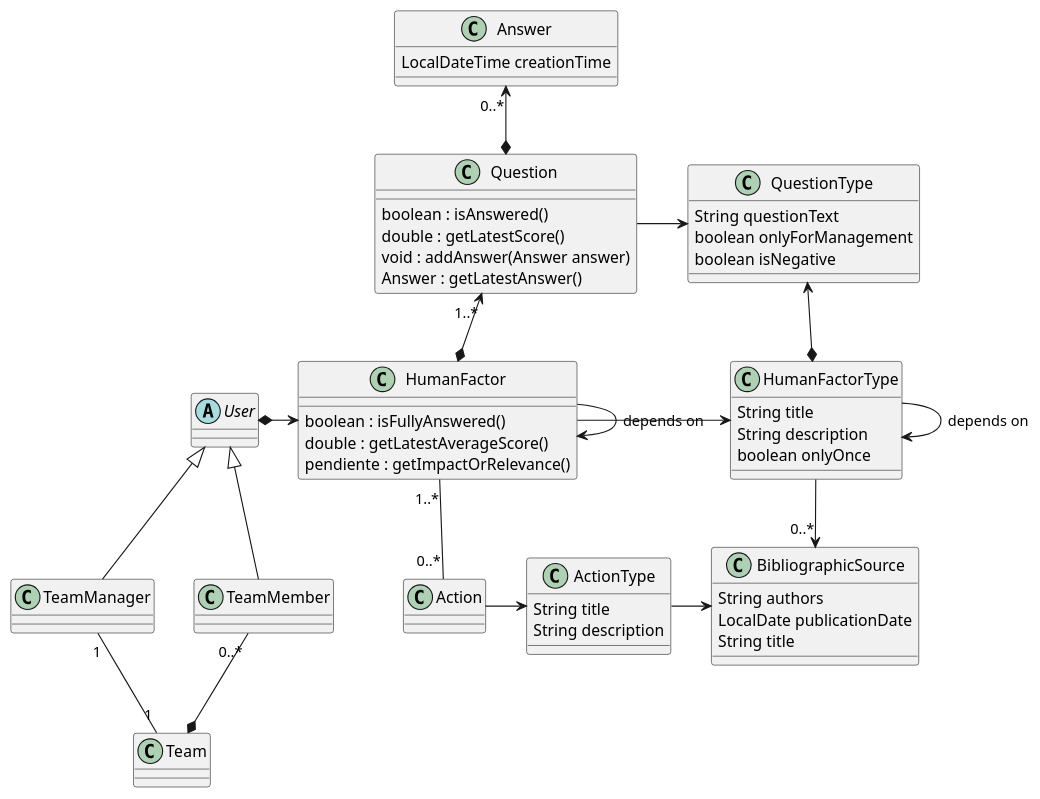
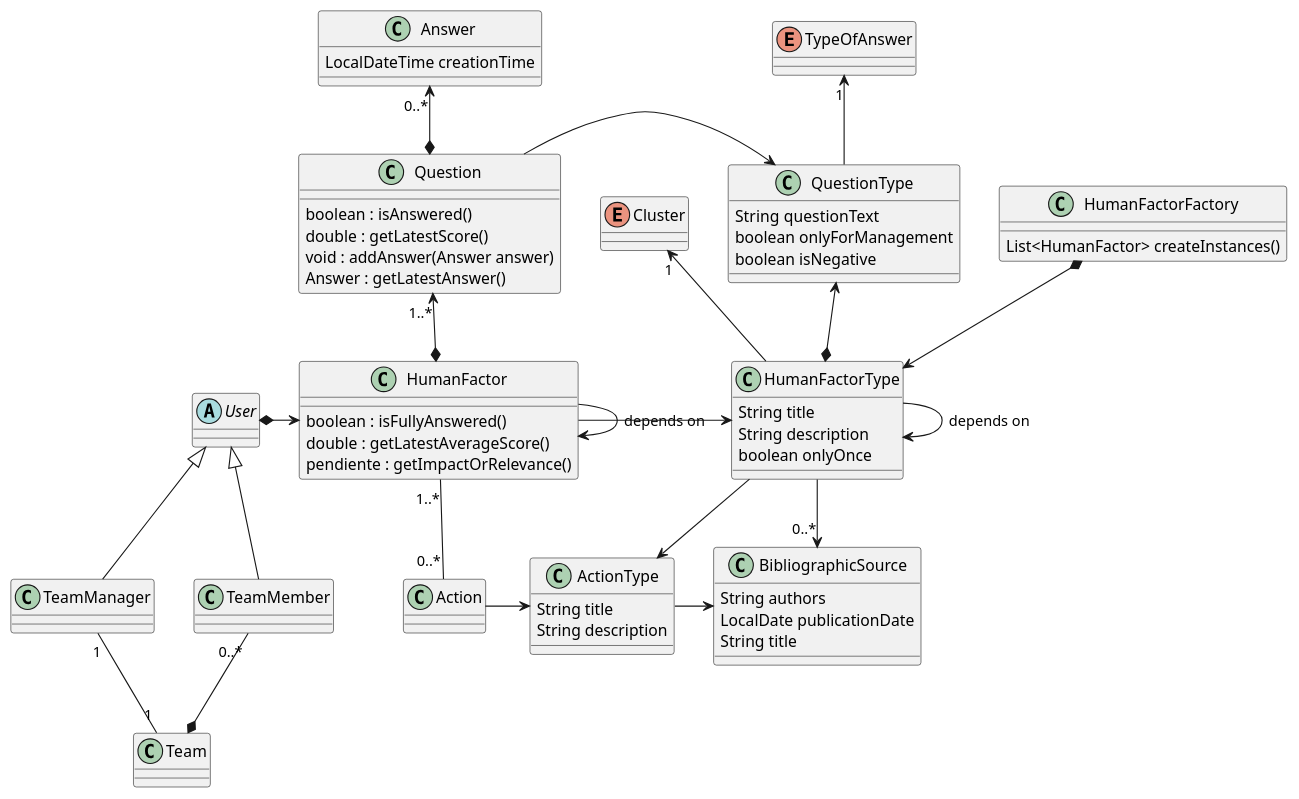
Before and after one commit to suken27/human-factors-java: the diagram in classDiagram.wsd, drawn with PlantUML. The commit also changed 18 other files, not shown here.

Commit message:
Finish data preload and question and answer model.

```diff
--- a/classDiagram.wsd
+++ b/classDiagram.wsd
@@ -1,61 +1,70 @@
 @startuml
 class HumanFactor {
     boolean : isFullyAnswered()
     double : getLatestAverageScore()
     pendiente : getImpactOrRelevance()
 }
 class HumanFactorType {
     String title
     String description
     boolean onlyOnce
 }
+class HumanFactorFactory {
+    List<HumanFactor> createInstances()
+}
+enum Cluster
 class Action {
     
 }
 class ActionType {
     String title
     String description
 }
 class Question {
     boolean : isAnswered()
     double : getLatestScore()
     void : addAnswer(Answer answer)
     Answer : getLatestAnswer()
 }
 class QuestionType {
     String questionText
     boolean onlyForManagement
     boolean isNegative
 }
+enum TypeOfAnswer
 abstract class User
 class Answer {
     LocalDateTime creationTime
 }
 class TeamMember
 class TeamManager
 class BibliographicSource {
     String authors
     LocalDate publicationDate
     String title
 }
 class Team {
 
 }
 
 Answer "0..*" <--*  Question
 Question "1..*" <-* HumanFactor
 Question -> QuestionType
 HumanFactor "1..*" -- "0..*" Action
 HumanFactor --> HumanFactor : depends on
 HumanFactor -> HumanFactorType
+Cluster "1" <-- HumanFactorType
 User <|-- TeamMember
 User <|-- TeamManager
 TeamMember "0..*" --* Team
 TeamManager "1" -- "1" Team
 ActionType -> BibliographicSource
 Action -> ActionType
 HumanFactorType --> "0..*" BibliographicSource
 HumanFactorType -> HumanFactorType : depends on
+HumanFactorType --> ActionType
 QuestionType <--* HumanFactorType
+TypeOfAnswer "1" <-- QuestionType
 User *-> HumanFactor
+HumanFactorFactory *--> HumanFactorType
 @enduml
```
